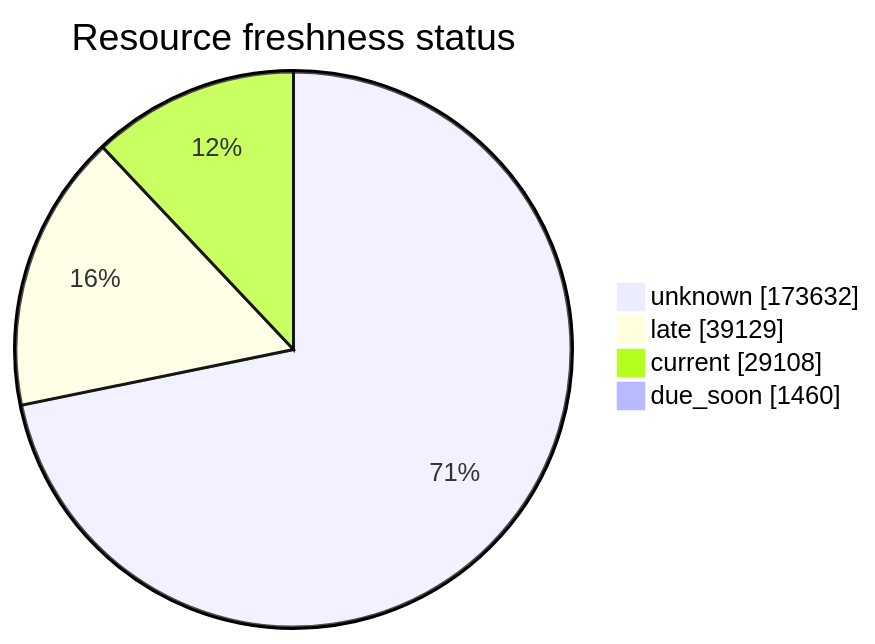
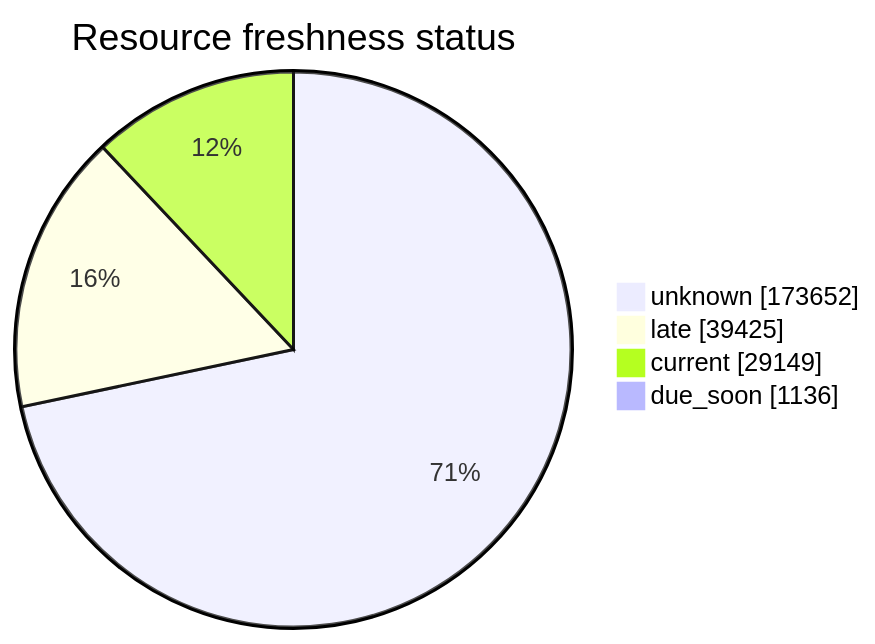
One commit to open-data/analytics-corporate-reporting changed the third of 5 diagrams in FreshCheck/README.md. Above: the diagram before and after it, drawn with Mermaid. The commit also changed other lines of this file and 3 other files, not shown here.

````diff
--- a/FreshCheck/README.md
+++ b/FreshCheck/README.md
@@ -77,7 +77,7 @@
 ```mermaid
 pie showData title Resource freshness status
-    "unknown": 173632
-    "late": 39129
-    "current": 29108
-    "due_soon": 1460
+    "unknown": 173652
+    "late": 39425
+    "current": 29149
+    "due_soon": 1136
 ```
````
